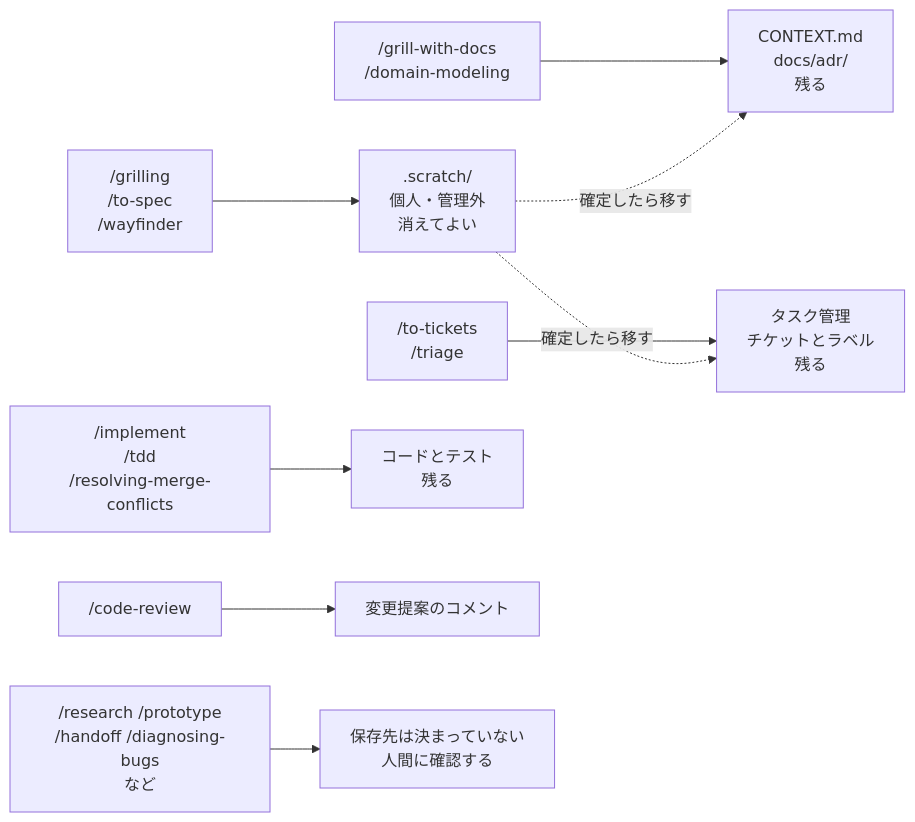
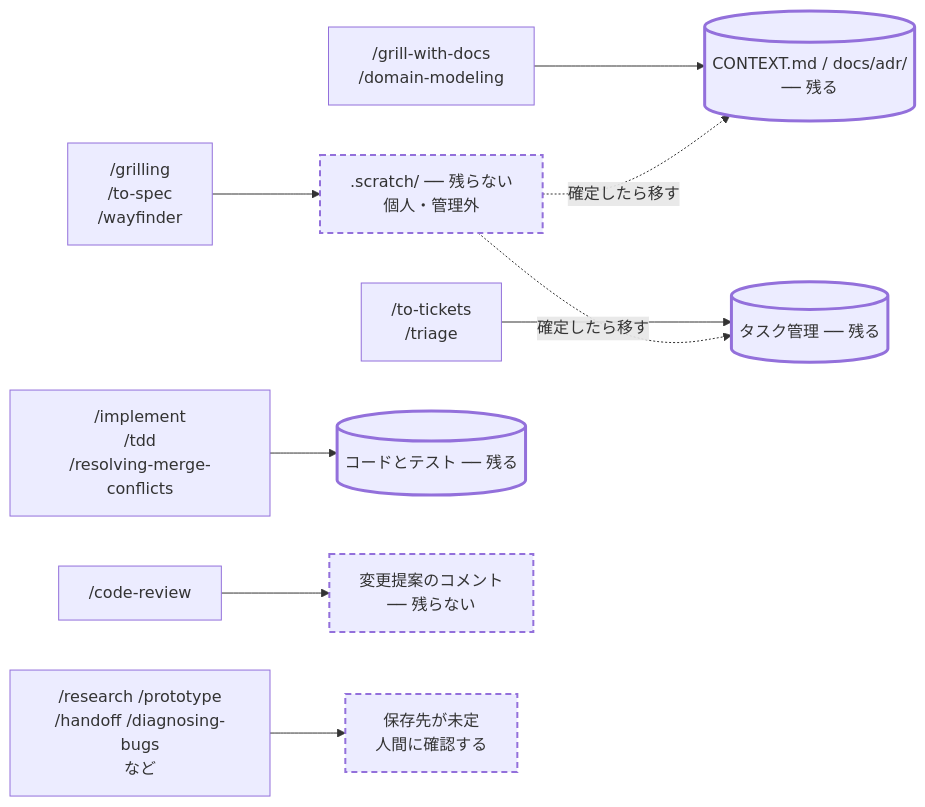
One commit to hirunefu/my-development-template-for-github-copilot changed the second of 2 diagrams in docs/onboarding.md. Above: the diagram before and after it, drawn with Mermaid. The commit also changed other lines of this file, not shown here.

Commit message:
docs: 出力先の図を形で読み取れるようにする
「残る／残らない」が文字でしか区別されておらず、箱の見た目が全部同じ
だったため、図だけを見ても分からなかった。

- 残るもの（CONTEXT.md と docs/adr/、タスク管理、コードとテスト）を
  円柱にした。データストアの慣習に沿う形で、説明なしに読み取れる
- 残らないもの（.scratch/、変更提案のコメント、保存先が未定）を破線にした
- 形に加えて「── 残る」「── 残らない」の文字も箱に残し、二重に示す

配色ではなく形と枠線で区別しているのは、GitHub が明暗どちらのテーマでも
描画するため。両テーマで描画して判読できることを確認している。

Claude-Session: https://claude.ai/code/session_018EzPJxJEYqJQNgpfztTc6E

````diff
--- a/docs/onboarding.md
+++ b/docs/onboarding.md
@@ -131,11 +133,25 @@
 ```mermaid
 flowchart LR
-    s1["/grilling<br/>/to-spec<br/>/wayfinder"] --> scratch[".scratch/<br/>個人・管理外<br/>消えてよい"]
-    s2["/grill-with-docs<br/>/domain-modeling"] --> mem["CONTEXT.md<br/>docs/adr/<br/>残る"]
-    s3["/to-tickets<br/>/triage"] --> task["タスク管理<br/>チケットとラベル<br/>残る"]
-    s4["/implement<br/>/tdd<br/>/resolving-merge-conflicts"] --> code["コードとテスト<br/>残る"]
-    s5["/code-review"] --> pr["変更提案のコメント"]
-    s6["/research /prototype<br/>/handoff /diagnosing-bugs<br/>など"] --> ask["保存先は決まっていない<br/>人間に確認する"]
-    scratch -.->|確定したら移す| mem
-    scratch -.->|確定したら移す| task
+    s1["/grilling<br/>/to-spec<br/>/wayfinder"] --> scratch
+    s2["/grill-with-docs<br/>/domain-modeling"] --> mem
+    s3["/to-tickets<br/>/triage"] --> task
+    s4["/implement<br/>/tdd<br/>/resolving-merge-conflicts"] --> code
+    s5["/code-review"] --> pr
+    s6["/research /prototype<br/>/handoff /diagnosing-bugs<br/>など"] --> ask
+
+    scratch[".scratch/ ── 残らない<br/>個人・管理外"]
+    pr["変更提案のコメント<br/>── 残らない"]
+    ask["保存先が未定<br/>人間に確認する"]
+
+    mem[("CONTEXT.md / docs/adr/<br/>── 残る")]
+    task[("タスク管理 ── 残る")]
+    code[("コードとテスト ── 残る")]
+
+    scratch -. 確定したら移す .-> mem
+    scratch -. 確定したら移す .-> task
+
+    classDef gone stroke-dasharray:6 4,stroke-width:2px
+    classDef kept stroke-width:3px
+    class scratch,pr,ask gone
+    class mem,task,code kept
 ```
````
